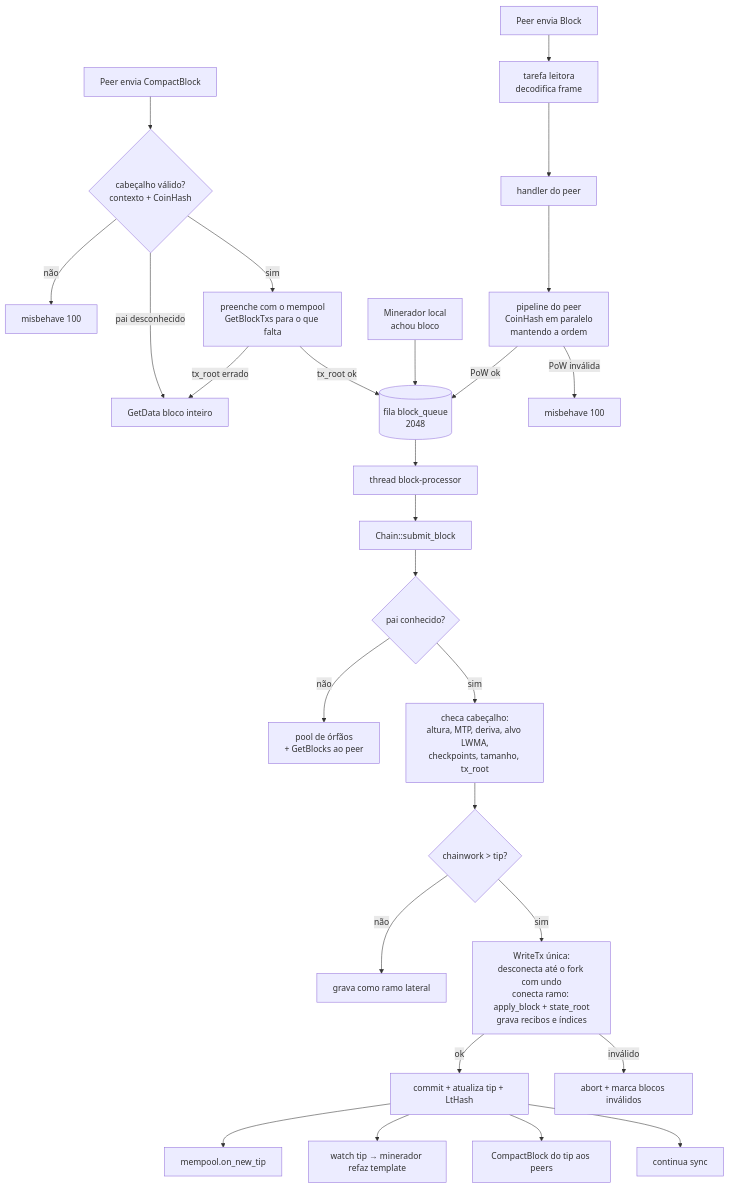
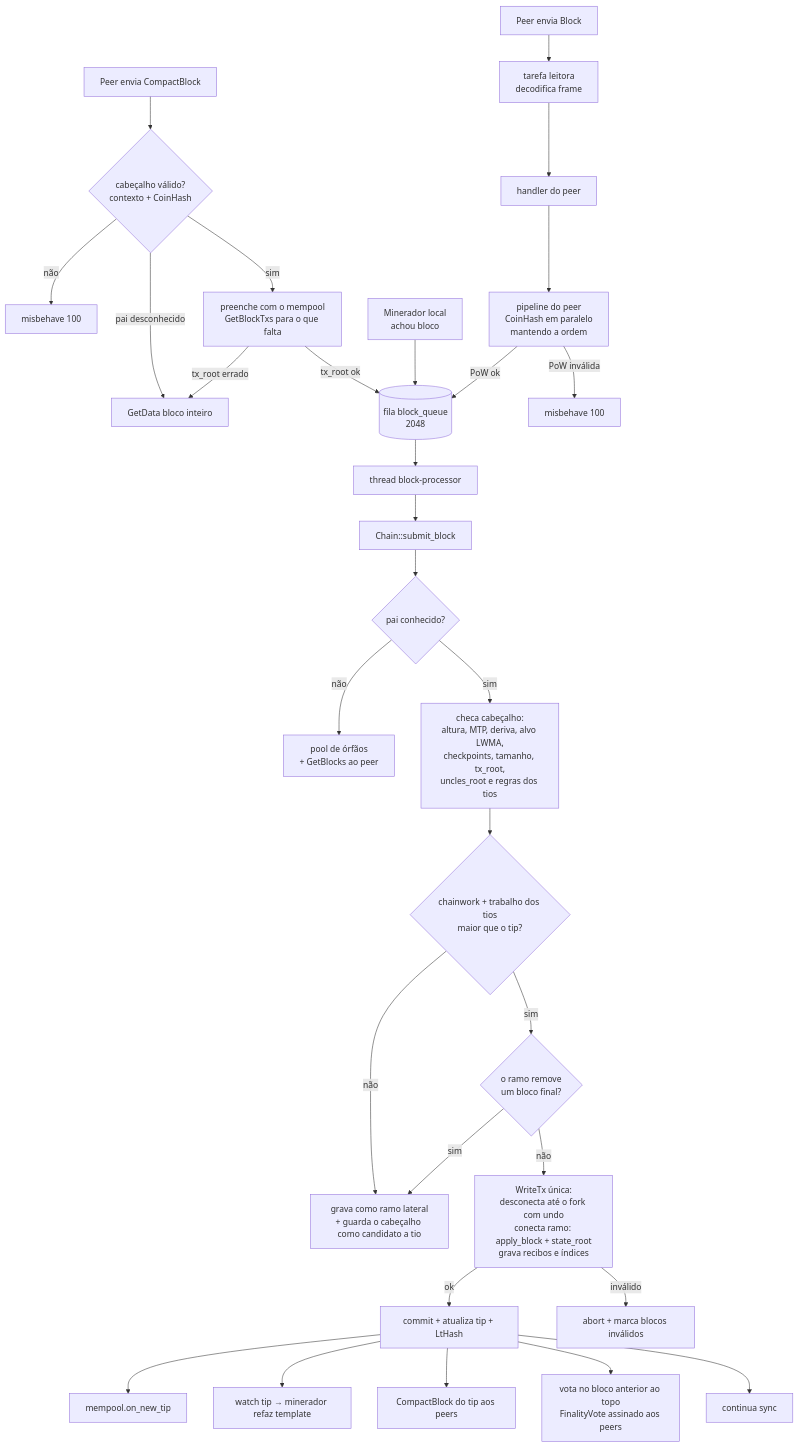
The second of 3 diagrams in docs/ARCHITECTURE.md (LucasBolla94/thecoin), drawn with Mermaid before and after one commit. The commit also changed other lines of this file and 7 other files, not shown here.

First line of the commit message:
docs: RandomX, 15 s blocks, uncles, signed finality, pruning and TCCL v2 across the protocol, architecture, operations, P2P, contracts, governance, roadmap and wallet guides

````diff
--- a/docs/ARCHITECTURE.md
+++ b/docs/ARCHITECTURE.md
@@ -137,29 +169,32 @@
 ```mermaid
 flowchart TD
     P[Peer envia Block] --> R[tarefa leitora<br/>decodifica frame]
     PC[Peer envia CompactBlock] --> CH0{cabeçalho válido?<br/>contexto + CoinHash}
     CH0 -->|não| BAN0[misbehave 100]
     CH0 -->|pai desconhecido| GD[GetData bloco inteiro]
     CH0 -->|sim| FILL[preenche com o mempool<br/>GetBlockTxs para o que falta]
     FILL -->|tx_root ok| Q
     FILL -->|tx_root errado| GD
     R --> H[handler do peer]
     H --> PL[pipeline do peer<br/>CoinHash em paralelo<br/>mantendo a ordem]
     M[Minerador local<br/>achou bloco] --> Q
     PL -->|PoW ok| Q[(fila block_queue<br/>2048)]
     PL -->|PoW inválida| BAN[misbehave 100]
     Q --> BP[thread block-processor]
     BP --> SB[Chain::submit_block]
     SB --> CH{pai conhecido?}
     CH -->|não| ORF[pool de órfãos<br/>+ GetBlocks ao peer]
-    CH -->|sim| HDR[checa cabeçalho:<br/>altura, MTP, deriva, alvo LWMA,<br/>checkpoints, tamanho, tx_root]
-    HDR --> W{chainwork > tip?}
-    W -->|não| SIDE[grava como ramo lateral]
-    W -->|sim| RG[WriteTx única:<br/>desconecta até o fork com undo<br/>conecta ramo: apply_block + state_root<br/>grava recibos e índices]
+    CH -->|sim| HDR[checa cabeçalho:<br/>altura, MTP, deriva, alvo LWMA,<br/>checkpoints, tamanho, tx_root,<br/>uncles_root e regras dos tios]
+    HDR --> W{chainwork + trabalho dos tios<br/>maior que o tip?}
+    W -->|não| SIDE[grava como ramo lateral<br/>+ guarda o cabeçalho como candidato a tio]
+    W -->|sim| FIN{o ramo remove<br/>um bloco final?}
+    FIN -->|sim| SIDE
+    FIN -->|não| RG[WriteTx única:<br/>desconecta até o fork com undo<br/>conecta ramo: apply_block + state_root<br/>grava recibos e índices]
     RG -->|ok| COMMIT[commit + atualiza tip + LtHash]
     RG -->|inválido| ABORT[abort + marca blocos inválidos]
     COMMIT --> MP[mempool.on_new_tip]
     COMMIT --> TIP[watch tip → minerador refaz template]
     COMMIT --> INV[CompactBlock do tip aos peers]
+    COMMIT --> VOTE[vota no bloco anterior ao topo<br/>FinalityVote assinado aos peers]
     COMMIT --> SYNC[continua sync]
 ```
````
